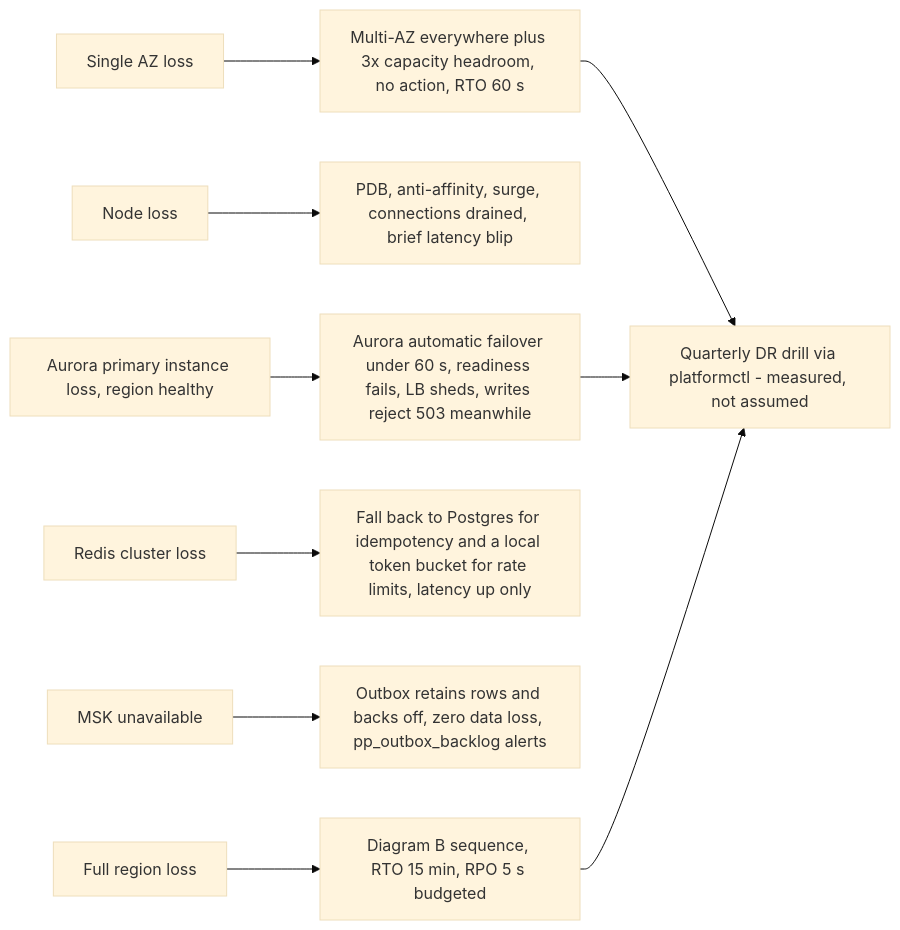
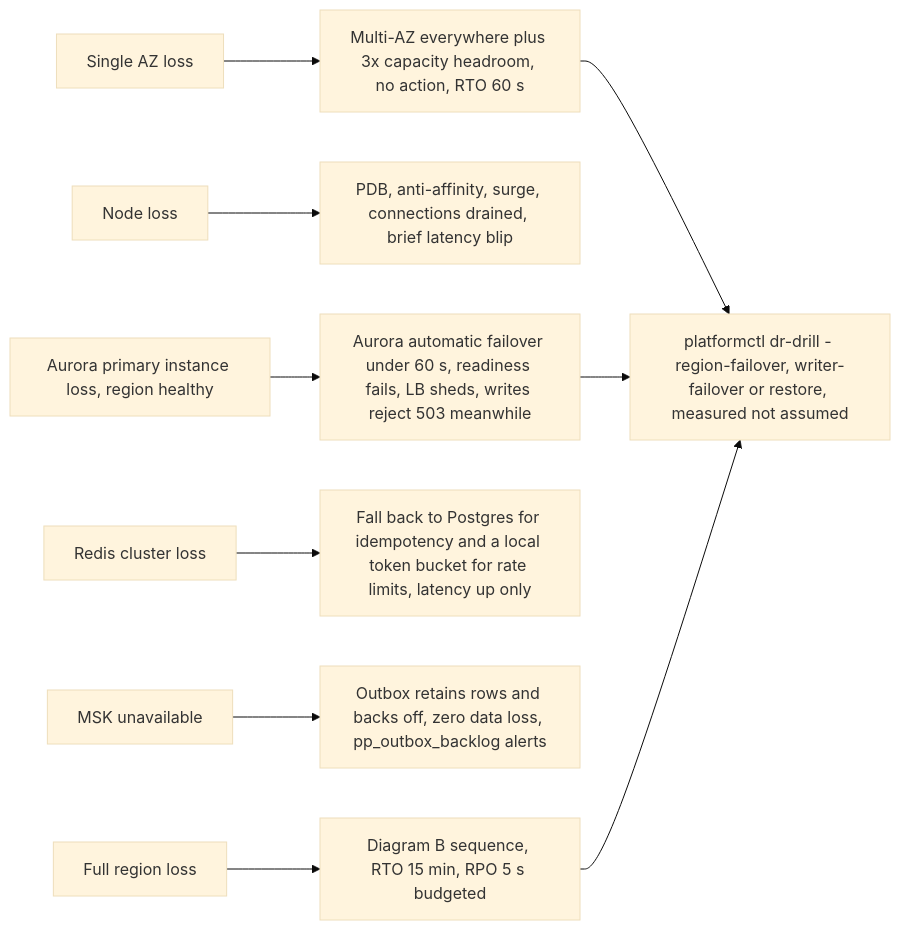
Before and after one commit to udaykishore-resu/payments-platform: the third of 3 diagrams in docs/diagrams/19-disaster-recovery.md, drawn with Mermaid (base theme). The commit also changed other lines of this file and 67 other files, not shown here.

````diff
--- a/docs/diagrams/19-disaster-recovery.md
+++ b/docs/diagrams/19-disaster-recovery.md
@@ -88,28 +88,28 @@
 ```mermaid
 flowchart LR
   AZ["Single AZ loss"]
   NODE["Node loss"]
   PG["Aurora primary instance loss, region healthy"]
   REDIS["Redis cluster loss"]
   KAFKA["MSK unavailable"]
   REG["Full region loss"]
 
   RAZ["Multi-AZ everywhere plus 3x capacity headroom, no action, RTO 60 s"]
   RNODE["PDB, anti-affinity, surge, connections drained, brief latency blip"]
   RPG["Aurora automatic failover under 60 s, readiness fails, LB sheds, writes reject 503 meanwhile"]
   RREDIS["Fall back to Postgres for idempotency and a local token bucket for rate limits, latency up only"]
   RKAFKA["Outbox retains rows and backs off, zero data loss, pp_outbox_backlog alerts"]
   RREG["Diagram B sequence, RTO 15 min, RPO 5 s budgeted"]
 
-  DRILL["Quarterly DR drill via platformctl - measured, not assumed"]
+  DRILL["platformctl dr-drill - region-failover, writer-failover or restore, measured not assumed"]
 
   AZ --> RAZ
   NODE --> RNODE
   PG --> RPG
   REDIS --> RREDIS
   KAFKA --> RKAFKA
   REG --> RREG
   RAZ --> DRILL
   RPG --> DRILL
   RREG --> DRILL
 ```
````
